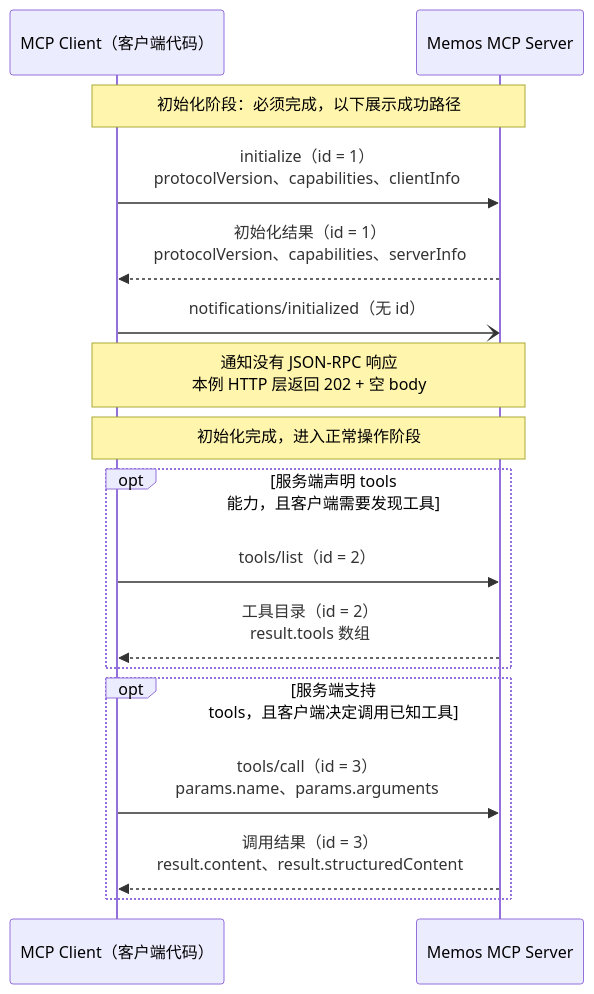
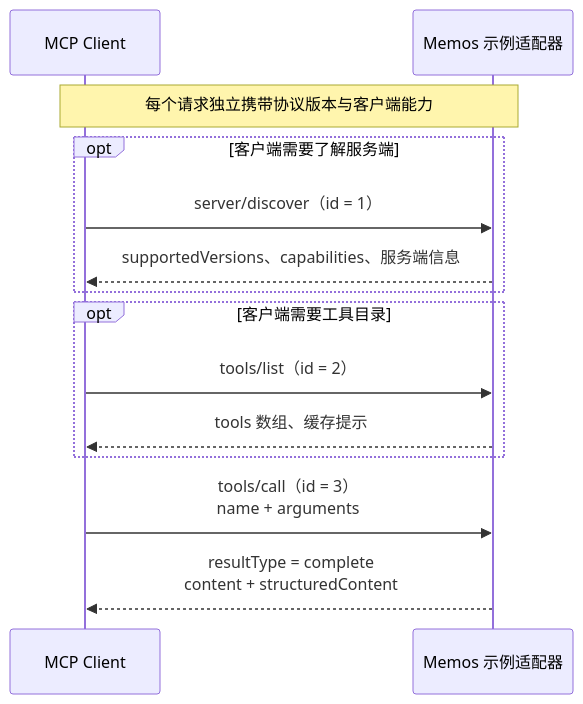
The second of 5 diagrams in _posts/2026-09-09-mcp-vs-rest-wire-format.md (puppylpg/puppylpg.github.io), drawn with Mermaid before and after one commit. The commit also changed other lines of this file and 1 other file, not shown here.

Commit message:
docs: update MCP protocol examples and expand stdio transport

````diff
--- a/_posts/2026-09-09-mcp-vs-rest-wire-format.md
+++ b/_posts/2026-09-09-mcp-vs-rest-wire-format.md
@@ -124,21 +137,16 @@
 ```mermaid
 sequenceDiagram
-    participant C as MCP Client（客户端代码）
-    participant S as Memos MCP Server
-
-    Note over C,S: 初始化阶段：必须完成，以下展示成功路径
-    C->>S: initialize（id = 1）<br/>protocolVersion、capabilities、clientInfo
-    S-->>C: 初始化结果（id = 1）<br/>protocolVersion、capabilities、serverInfo
-    C-)S: notifications/initialized（无 id）
-    Note over C,S: 通知没有 JSON-RPC 响应<br/>本例 HTTP 层返回 202 + 空 body
-
-    Note over C,S: 初始化完成，进入正常操作阶段
-    opt 服务端声明 tools 能力，且客户端需要发现工具
+    participant C as MCP Client
+    participant S as Memos 示例适配器
+    Note over C,S: 每个请求独立携带协议版本与客户端能力
+    opt 客户端需要了解服务端
+        C->>S: server/discover（id = 1）
+        S-->>C: supportedVersions、capabilities、服务端信息
+    end
+    opt 客户端需要工具目录
         C->>S: tools/list（id = 2）
-        S-->>C: 工具目录（id = 2）<br/>result.tools 数组
+        S-->>C: tools 数组、缓存提示
     end
-    opt 服务端支持 tools，且客户端决定调用已知工具
-        C->>S: tools/call（id = 3）<br/>params.name、params.arguments
-        S-->>C: 调用结果（id = 3）<br/>result.content、result.structuredContent
-    end
+    C->>S: tools/call（id = 3）<br/>name + arguments
+    S-->>C: resultType = complete<br/>content + structuredContent
 ```
````
